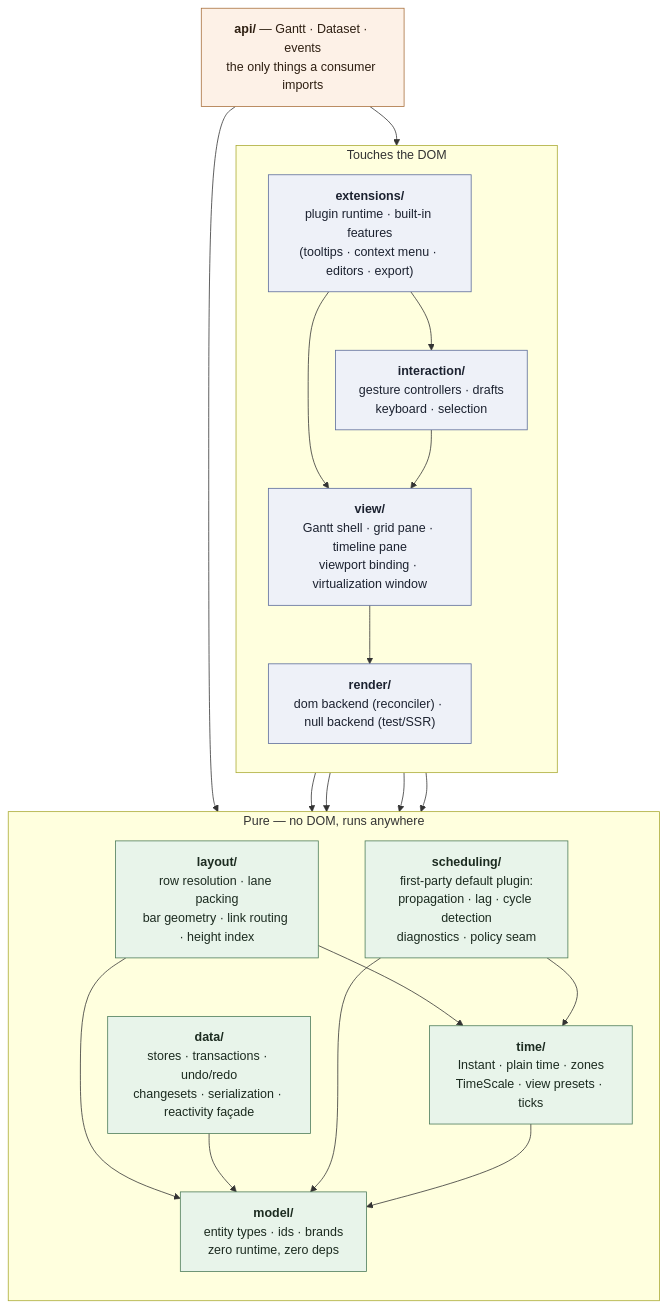
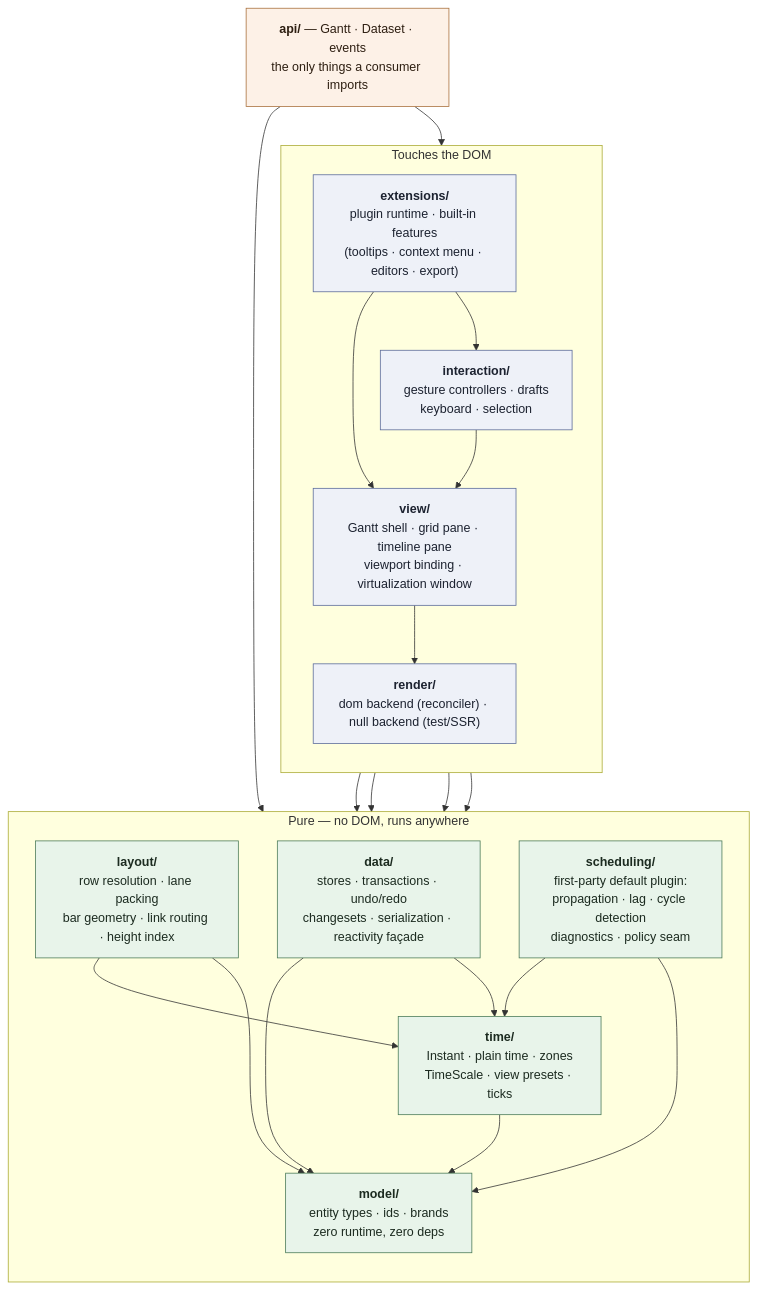
Before and after one commit to freegantt/freegantt: the first of 6 diagrams in plans/01-domain-architecture.md, drawn with Mermaid. The commit also changed other lines of this file and 29 other files, not shown here.

First line of the commit message:
S2.1: entries become a store view, data/ gains reactivity + time (D-S2-1/2/3/4/5)

````diff
--- a/plans/01-domain-architecture.md
+++ b/plans/01-domain-architecture.md
@@ -11,45 +11,46 @@
 ```mermaid
 flowchart TB
   subgraph domside["Touches the DOM"]
     direction TB
     EXT["<b>extensions/</b><br/>plugin runtime · built-in features<br/>(tooltips · context menu · editors · export)"]
     INT["<b>interaction/</b><br/>gesture controllers · drafts<br/>keyboard · selection"]
     VIEW["<b>view/</b><br/>Gantt shell · grid pane · timeline pane<br/>viewport binding · virtualization window"]
     REN["<b>render/</b><br/>dom backend (reconciler) · null backend (test/SSR)"]
   end
 
   subgraph pureside["Pure — no DOM, runs anywhere"]
     direction TB
     LAY["<b>layout/</b><br/>row resolution · lane packing<br/>bar geometry · link routing · height index"]
     SCH["<b>scheduling/</b><br/>first-party default plugin:<br/>propagation · lag · cycle detection<br/>diagnostics · policy seam"]
     DATA["<b>data/</b><br/>stores · transactions · undo/redo<br/>changesets · serialization · reactivity façade"]
     TIME["<b>time/</b><br/>Instant · plain time · zones<br/>TimeScale · view presets · ticks"]
     MODEL["<b>model/</b><br/>entity types · ids · brands<br/>zero runtime, zero deps"]
   end
 
   API["<b>api/</b> — Gantt · Dataset · events<br/>the only things a consumer imports"]
 
   API --> VIEW
   API --> DATA
   EXT --> VIEW
   EXT --> INT
   INT --> VIEW
   INT --> DATA
   VIEW --> REN
   VIEW --> LAY
   VIEW --> DATA
   REN --> LAY
   LAY --> TIME
   LAY --> MODEL
   DATA --> MODEL
+  DATA --> TIME
   SCH --> TIME
   SCH --> MODEL
   TIME --> MODEL
 
   classDef pure fill:#e8f4ea,stroke:#4a7a58,color:#1c2b20
   classDef dom fill:#eef1f8,stroke:#5a6a9a,color:#1c2230
   classDef apic fill:#fdf1e7,stroke:#a8703c,color:#2e1f12
   class MODEL,TIME,DATA,SCH,LAY pure
   class EXT,INT,VIEW,REN dom
   class API apic
 ```
````
